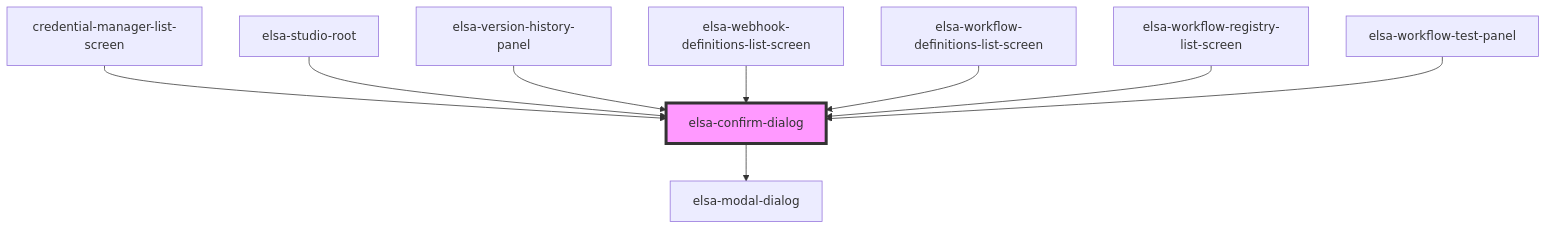
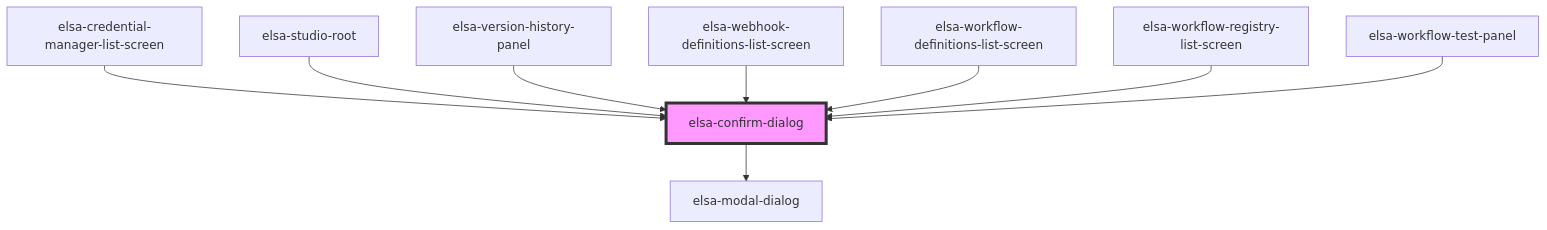
The diagram in src/designer/elsa-workflows-studio/src/components/shared/elsa-confirm-dialog/readme.md (elsa-workflows/elsa-core), drawn with Mermaid before and after one commit. The commit also changed other lines of this file and 299 other files, not shown here.

````diff
--- a/src/designer/elsa-workflows-studio/src/components/shared/elsa-confirm-dialog/readme.md
+++ b/src/designer/elsa-workflows-studio/src/components/shared/elsa-confirm-dialog/readme.md
@@ -55,12 +55,12 @@
 ```mermaid
 graph TD;
   elsa-confirm-dialog --> elsa-modal-dialog
-  credential-manager-list-screen --> elsa-confirm-dialog
+  elsa-credential-manager-list-screen --> elsa-confirm-dialog
   elsa-studio-root --> elsa-confirm-dialog
   elsa-version-history-panel --> elsa-confirm-dialog
   elsa-webhook-definitions-list-screen --> elsa-confirm-dialog
   elsa-workflow-definitions-list-screen --> elsa-confirm-dialog
   elsa-workflow-registry-list-screen --> elsa-confirm-dialog
   elsa-workflow-test-panel --> elsa-confirm-dialog
   style elsa-confirm-dialog fill:#f9f,stroke:#333,stroke-width:4px
 ```
````
